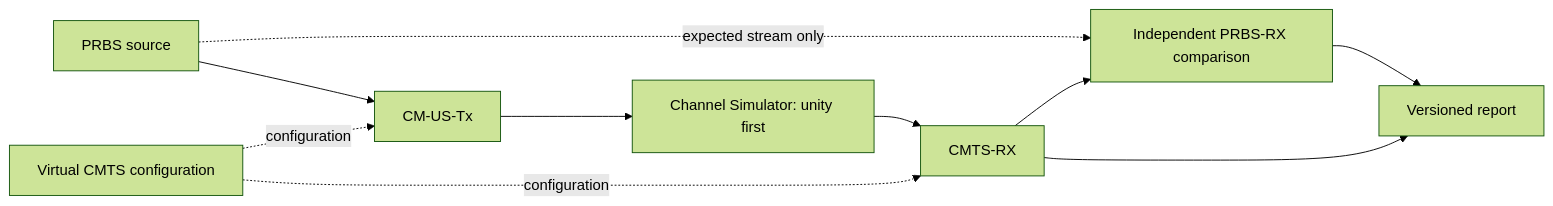
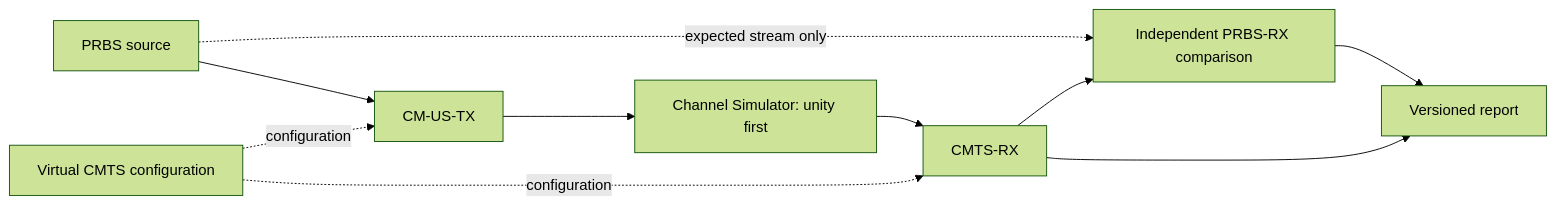
The first of 5 diagrams in docs/architecture.md (PyPNMApps/morgana), drawn with Mermaid (forest theme) before and after one commit. The commit also changed other lines of this file and 5 other files, not shown here.

````diff
--- a/docs/architecture.md
+++ b/docs/architecture.md
@@ -24,12 +24,12 @@
 ```mermaid
 flowchart LR
-    PRBS[PRBS source] --> TX[CM-US-Tx]
+    PRBS[PRBS source] --> TX[CM-US-TX]
     TX --> CH[Channel Simulator: unity first]
     CH --> RX[CMTS-RX]
     CFG[Virtual CMTS configuration] -. configuration .-> TX
     CFG -. configuration .-> RX
     PRBS -. expected stream only .-> TRUTH[Independent PRBS-RX comparison]
     RX --> TRUTH
     TRUTH --> REPORT
     RX --> REPORT[Versioned report]
 ```
````
